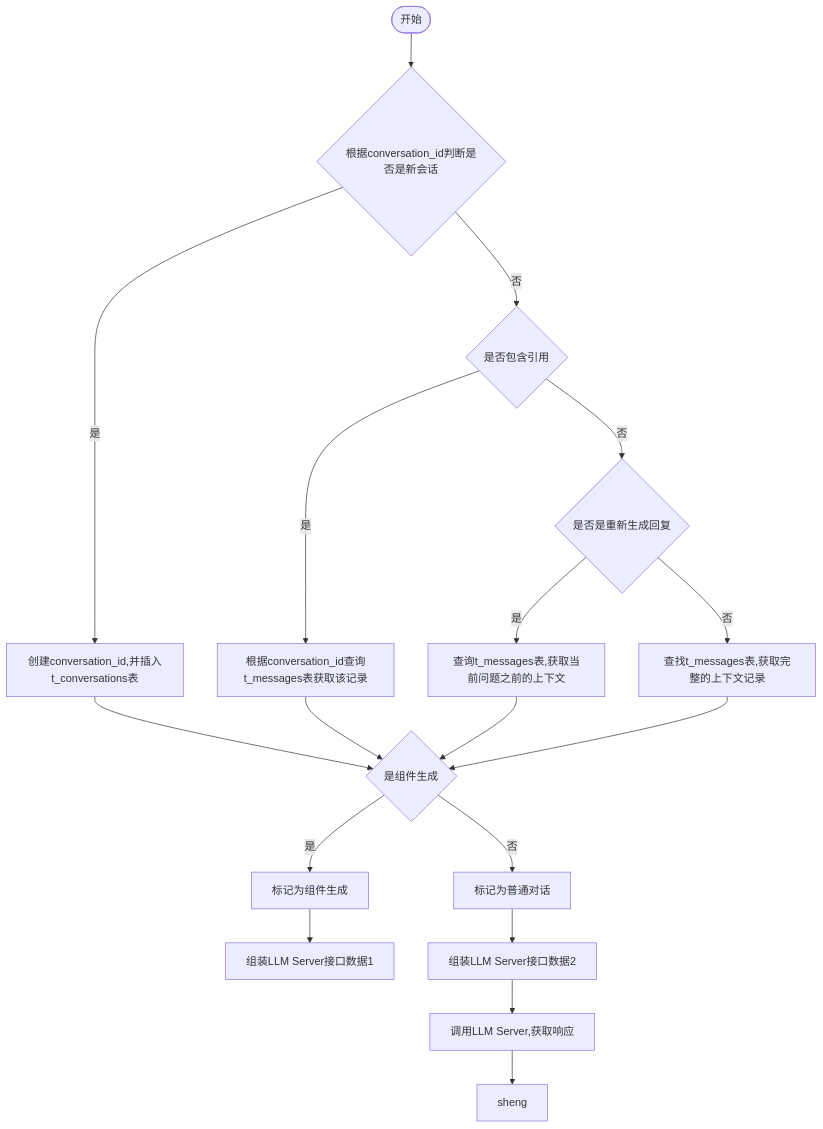
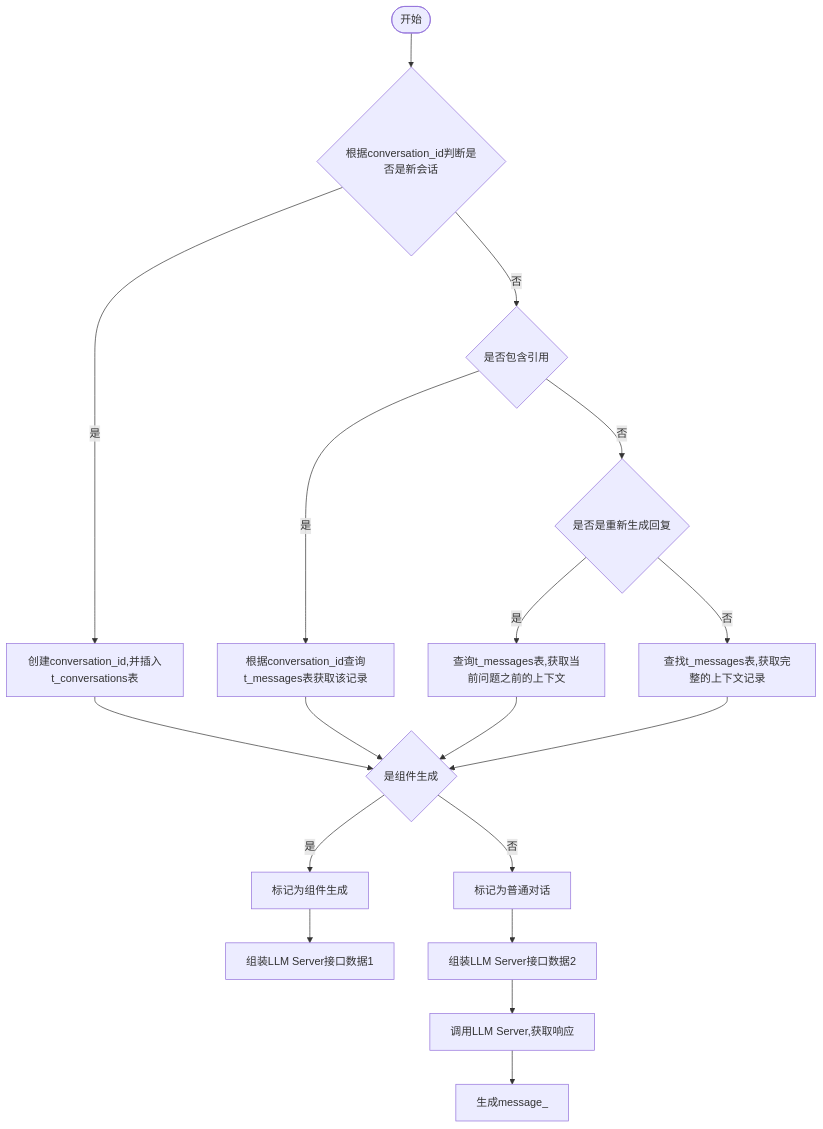
One commit to yingjianzh/iodraw-files changed the diagram in all/未命名-7.md. Above: the diagram before and after it, drawn with Mermaid.

Commit message:
2024-10-12 14:31:09 update

````diff
--- a/all/未命名-7.md
+++ b/all/未命名-7.md
@@ -1,20 +1,20 @@
 ```mermaid
 flowchart TD
     A([开始]) --> B{根据conversation_id判断是否是新会话}
     B -- 是 --> C[创建conversation_id,并插入t_conversations表]
     B -- 否 --> D{是否包含引用}
     D -- 是 --> E[根据conversation_id查询t_messages表获取该记录]
     D -- 否 --> F{是否是重新生成回复}
     F -- 是 --> G[查询t_messages表,获取当前问题之前的上下文]
     F -- 否 --> H[查找t_messages表,获取完整的上下文记录]
      
     C & E & G & H --> I{是组件生成}
     I -- 是 --> J[标记为组件生成]
     I -- 否 --> K[标记为普通对话]
 
     J --> L[组装LLM Server接口数据1]    
     K --> M[组装LLM Server接口数据2]    
     M --> N[调用LLM Server,获取响应]    
-    N --> O[sheng]
+    N --> O[生成message_]
 
 ```
````
